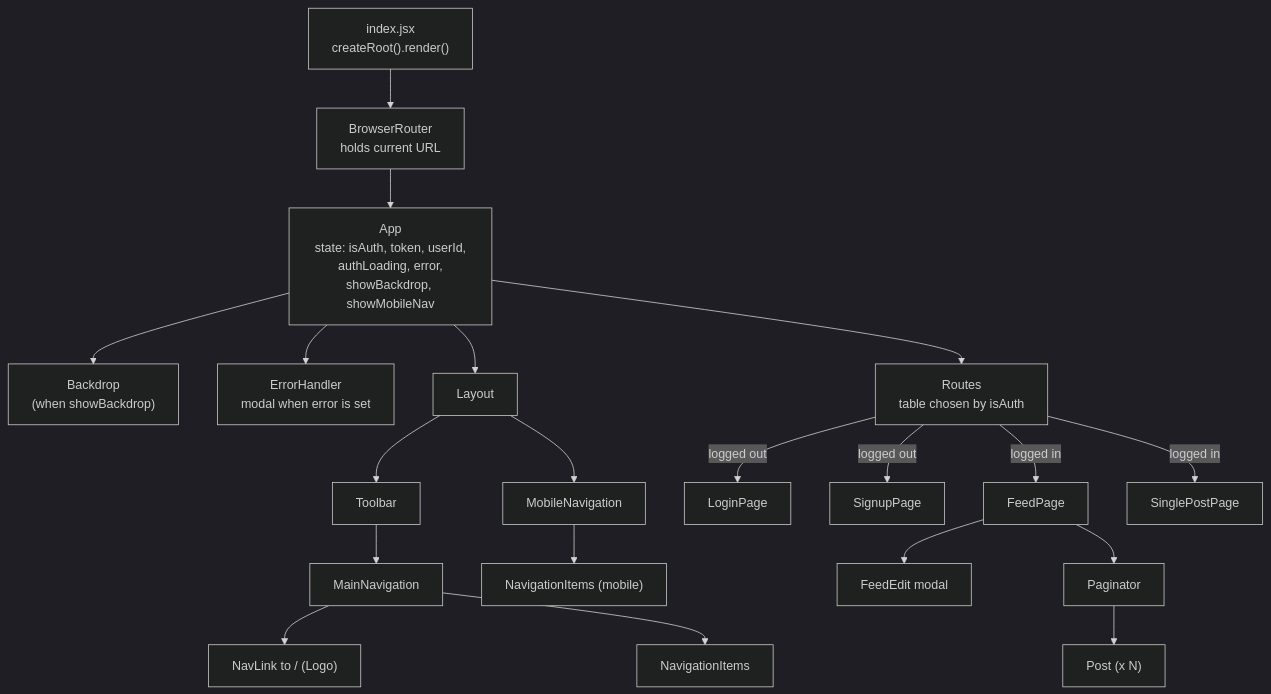
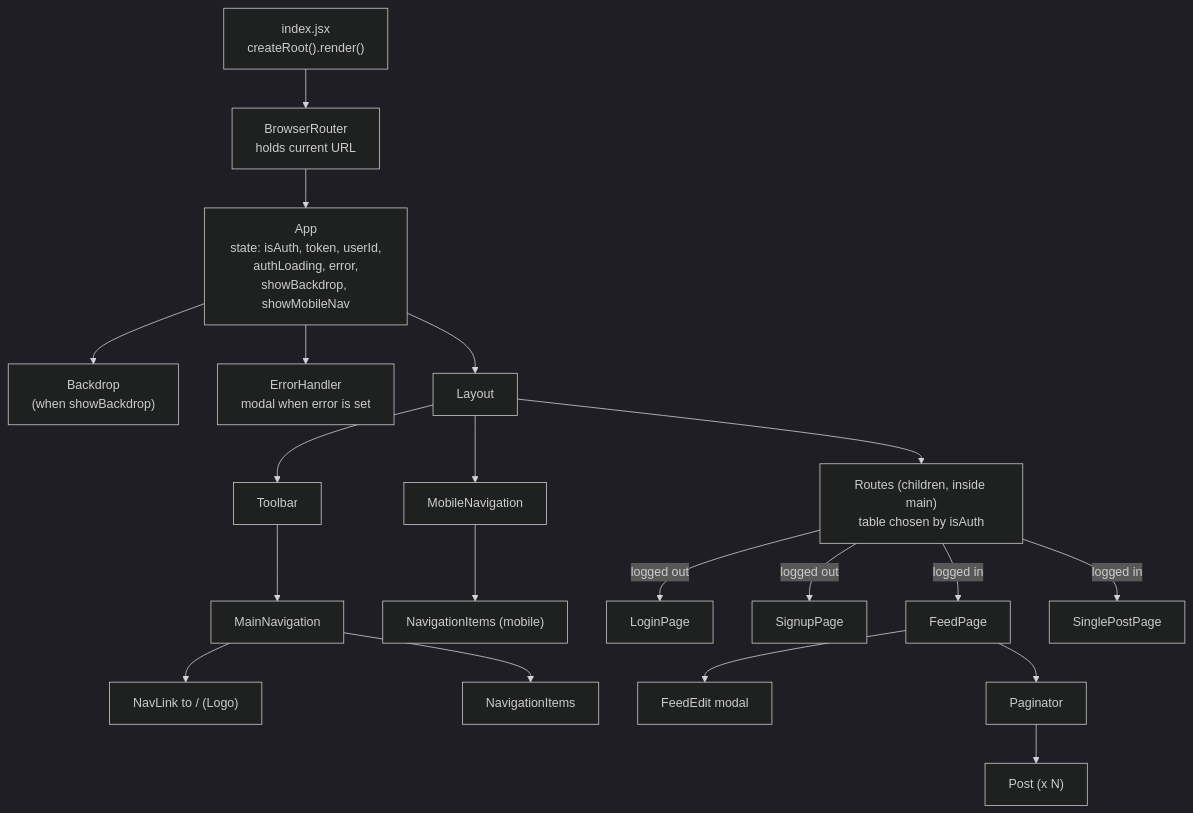
One commit to level12345/sociam_media changed the second of 9 diagrams in docs/frontend-architecture.md. Above: the diagram before and after it, drawn with Mermaid (dark theme). The commit also changed other lines of this file and 2 other files, not shown here.

````diff
--- a/docs/frontend-architecture.md
+++ b/docs/frontend-architecture.md
@@ -52,23 +52,23 @@
 ```mermaid
 flowchart TD
     index["index.jsx<br/>createRoot().render()"] --> br["BrowserRouter<br/>holds current URL"]
     br --> app["App<br/>state: isAuth, token, userId,<br/>authLoading, error,<br/>showBackdrop, showMobileNav"]
 
     app --> backdrop["Backdrop<br/>(when showBackdrop)"]
     app --> err["ErrorHandler<br/>modal when error is set"]
     app --> layout["Layout"]
-    app --> routes["Routes<br/>table chosen by isAuth"]
+    layout --> routes["Routes (children, inside main)<br/>table chosen by isAuth"]
 
     layout --> toolbar["Toolbar"] --> mainnav["MainNavigation"]
     mainnav --> logo["NavLink to / (Logo)"]
     mainnav --> navitems1["NavigationItems"]
     layout --> mobilenav["MobileNavigation"] --> navitems2["NavigationItems (mobile)"]
 
     routes -- "logged out" --> login["LoginPage"]
     routes -- "logged out" --> signup["SignupPage"]
     routes -- "logged in" --> feed["FeedPage"]
     routes -- "logged in" --> single["SinglePostPage"]
 
     feed --> feedEdit["FeedEdit modal"]
     feed --> paginator["Paginator"] --> post["Post (x N)"]
 ```
````
